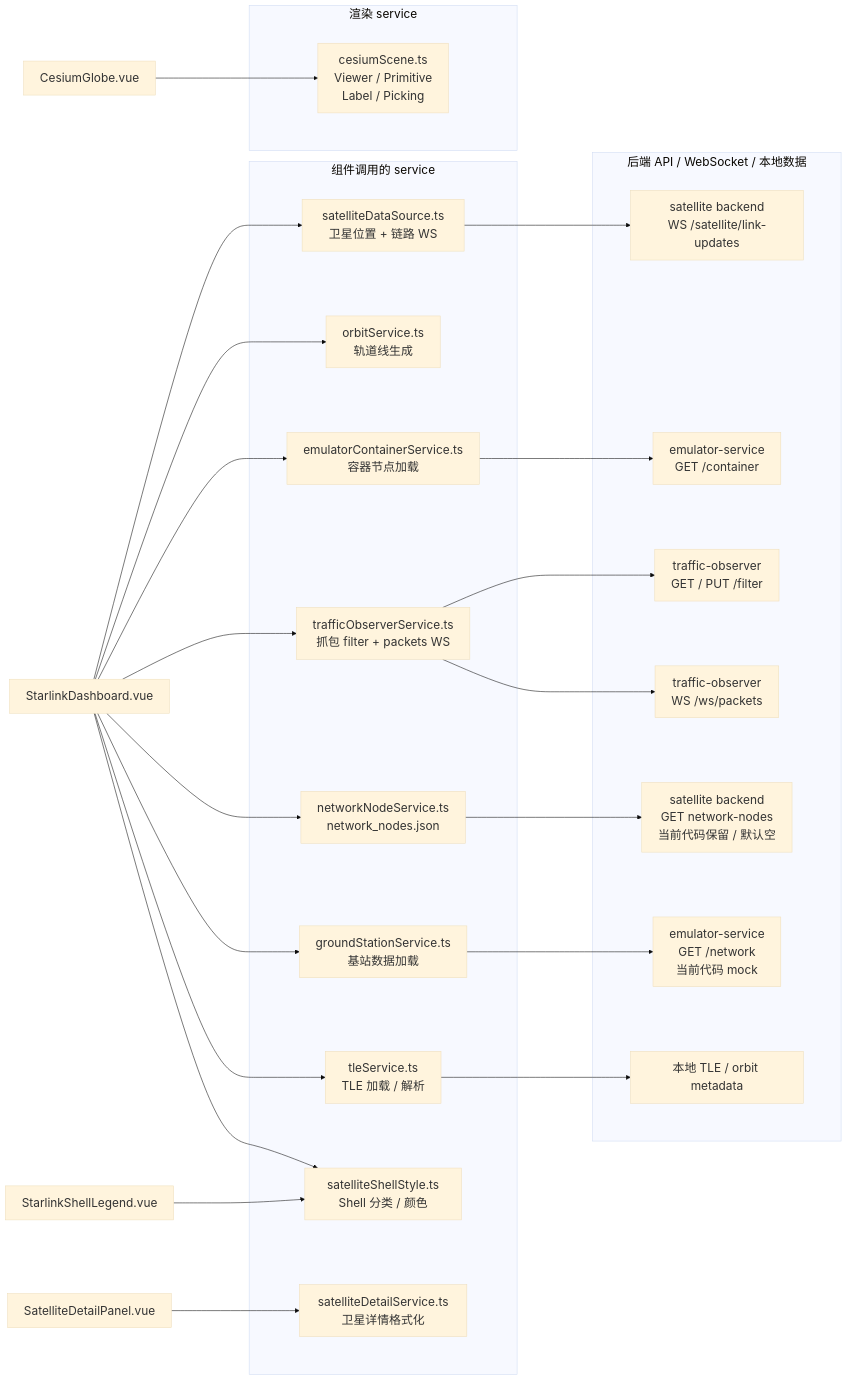
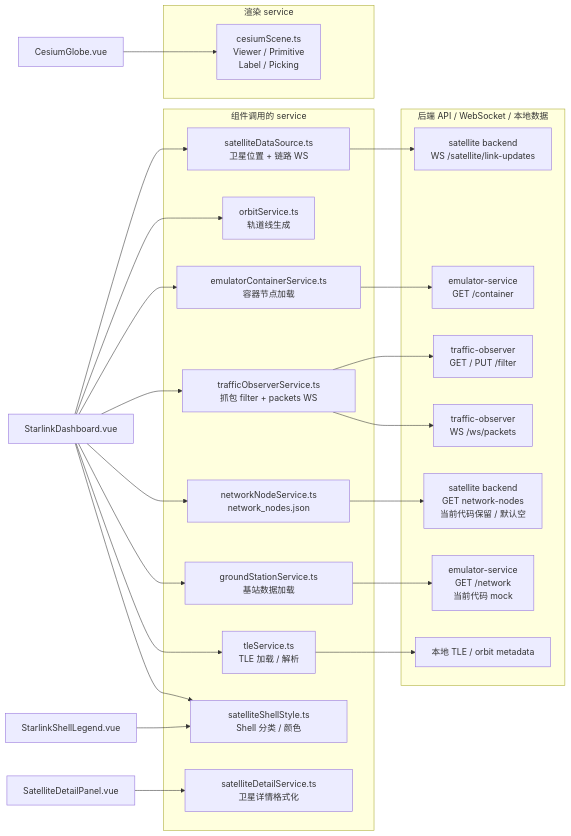
Before and after one commit to cy-gitlab/seed-visualization: the fifth of 10 diagrams in docs/architecture.md, drawn with Mermaid. The commit also changed other lines of this file, not shown here.

````diff
--- a/docs/architecture.md
+++ b/docs/architecture.md
@@ -192,54 +192,54 @@
 ```mermaid
-%%{init: {"theme": "base", "themeVariables": {"fontSize": "22px", "fontFamily": "Arial, Microsoft YaHei, sans-serif"}, "flowchart": {"htmlLabels": true, "nodeSpacing": 120, "rankSpacing": 140, "diagramPadding": 36, "wrappingWidth": 260, "curve": "basis"}} }%%
+%%{init: {"flowchart": {"useMaxWidth": true, "htmlLabels": true}} }%%
 flowchart LR
   Dashboard["StarlinkDashboard.vue"]
   Globe["CesiumGlobe.vue"]
   ShellLegend["StarlinkShellLegend.vue"]
   SatDetail["SatelliteDetailPanel.vue"]
 
   subgraph DataServices["组件调用的 service"]
     SatDS["<div style='min-width:240px;white-space:nowrap'>satelliteDataSource.ts</div><div>卫星位置 + 链路 WS</div>"]
     OrbitSvc["orbitService.ts<br/>轨道线生成"]
     TleSvc["tleService.ts<br/>TLE 加载 / 解析"]
     GroundSvc["<div style='min-width:250px;white-space:nowrap'>groundStationService.ts</div><div>基站数据加载</div>"]
     NetworkNodeSvc["<div style='min-width:240px;white-space:nowrap'>networkNodeService.ts</div><div>network_nodes.json</div>"]
     ContainerSvc["<div style='min-width:280px;white-space:nowrap'>emulatorContainerService.ts</div><div>容器节点加载</div>"]
     TrafficSvc["<div style='min-width:260px;white-space:nowrap'>trafficObserverService.ts</div><div>抓包 filter + packets WS</div>"]
     ShellStyle["<div style='min-width:230px;white-space:nowrap'>satelliteShellStyle.ts</div><div>Shell 分类 / 颜色</div>"]
     SatDetailSvc["<div style='min-width:250px;white-space:nowrap'>satelliteDetailService.ts</div><div>卫星详情格式化</div>"]
   end
 
   subgraph RenderServices["渲染 service"]
     Scene["cesiumScene.ts<br/>Viewer / Primitive<br/>Label / Picking"]
   end
 
   subgraph BackendAPIs["后端 API / WebSocket / 本地数据"]
     LinksWS["satellite backend<br/>WS /satellite/link-updates"]
     ContainerAPI["emulator-service<br/>GET /container"]
     TrafficFilterAPI["traffic-observer<br/>GET / PUT /filter"]
     TrafficPacketWS["traffic-observer<br/>WS /ws/packets"]
     NetworkAPI["satellite backend<br/>GET network-nodes<br/>当前代码保留 / 默认空"]
     GroundAPI["emulator-service<br/>GET /network<br/>当前代码 mock"]
     LocalTLE["本地 TLE / orbit metadata"]
   end
 
   Dashboard --> SatDS
   Dashboard --> OrbitSvc
   Dashboard --> TleSvc
   Dashboard --> GroundSvc
   Dashboard --> NetworkNodeSvc
   Dashboard --> ContainerSvc
   Dashboard --> TrafficSvc
   Dashboard --> ShellStyle
   SatDetail --> SatDetailSvc
   ShellLegend --> ShellStyle
   Globe --> Scene
 
   SatDS --> LinksWS
   NetworkNodeSvc --> NetworkAPI
   GroundSvc --> GroundAPI
   TleSvc --> LocalTLE
   ContainerSvc --> ContainerAPI
   TrafficSvc --> TrafficFilterAPI
   TrafficSvc --> TrafficPacketWS
 ```
````
